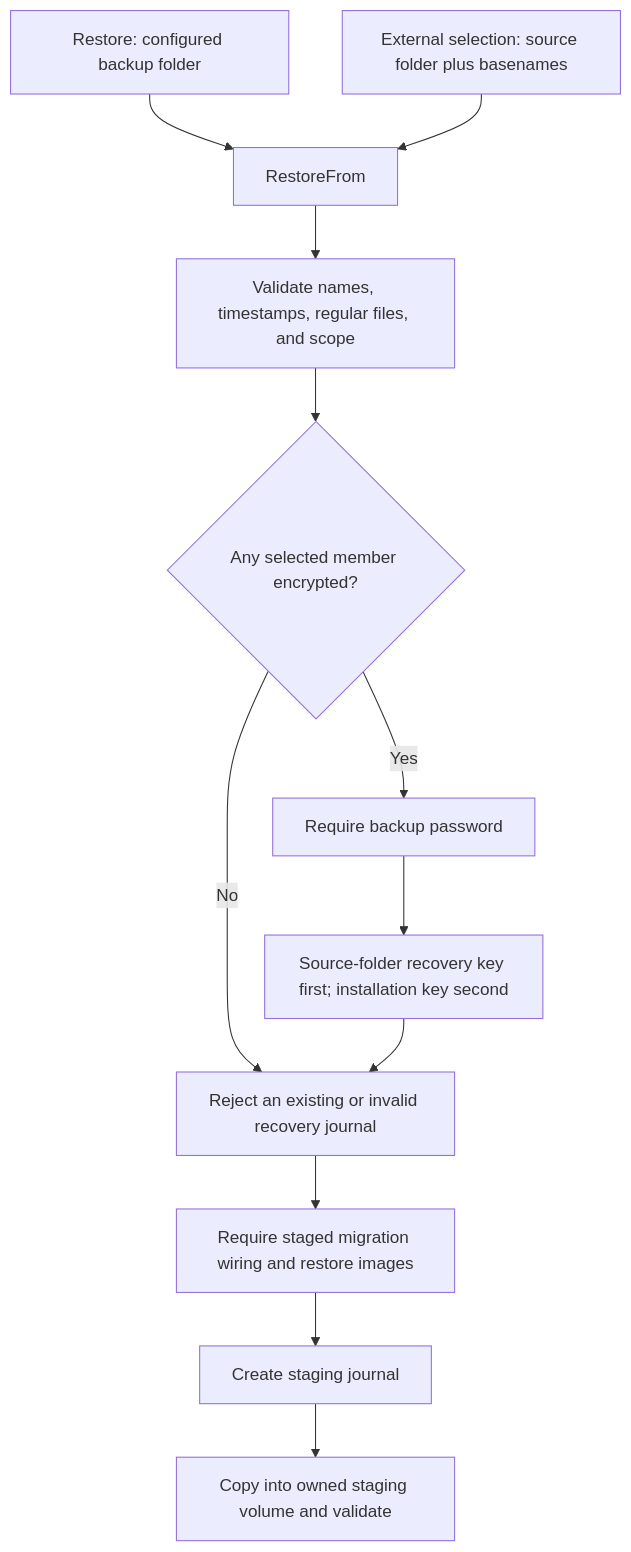
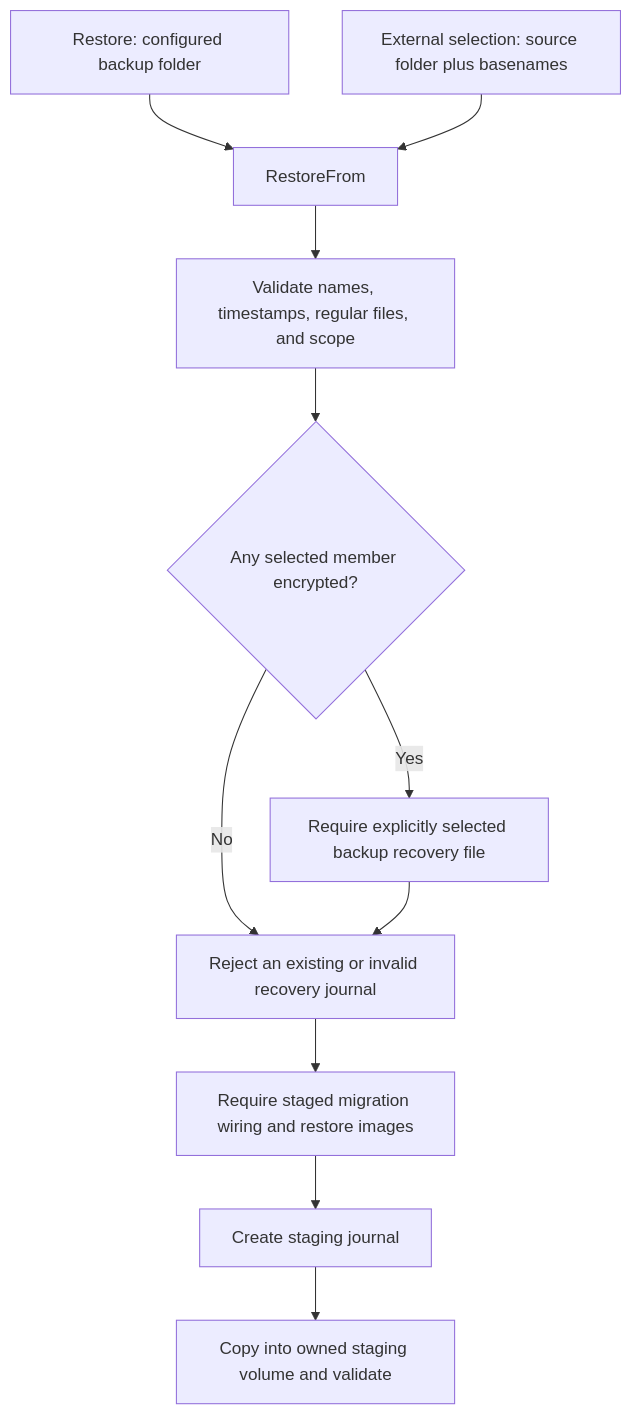
One commit to ohcnetwork/care_clinic changed the third of 5 diagrams in docs/backups-and-restore.md. Above: the diagram before and after it, drawn with Mermaid. The commit also changed other lines of this file and 75 other files, not shown here.

````diff
--- a/docs/backups-and-restore.md
+++ b/docs/backups-and-restore.md
@@ -535,14 +472,13 @@
 ```mermaid
 flowchart TD
     Local["Restore: configured backup folder"] --> Common["RestoreFrom"]
     External["External selection: source folder plus basenames"] --> Common
     Common --> Names["Validate names, timestamps, regular files, and scope"]
     Names --> Enc{"Any selected member encrypted?"}
     Enc -- No --> Pending["Reject an existing or invalid recovery journal"]
-    Enc -- Yes --> Password["Require backup password"]
-    Password --> Key["Source-folder recovery key first; installation key second"]
+    Enc -- Yes --> Key["Require explicitly selected backup recovery file"]
     Key --> Pending
     Pending --> Images["Require staged migration wiring and restore images"]
     Images --> Journal["Create staging journal"]
     Journal --> Stage["Copy into owned staging volume and validate"]
 ```
````
